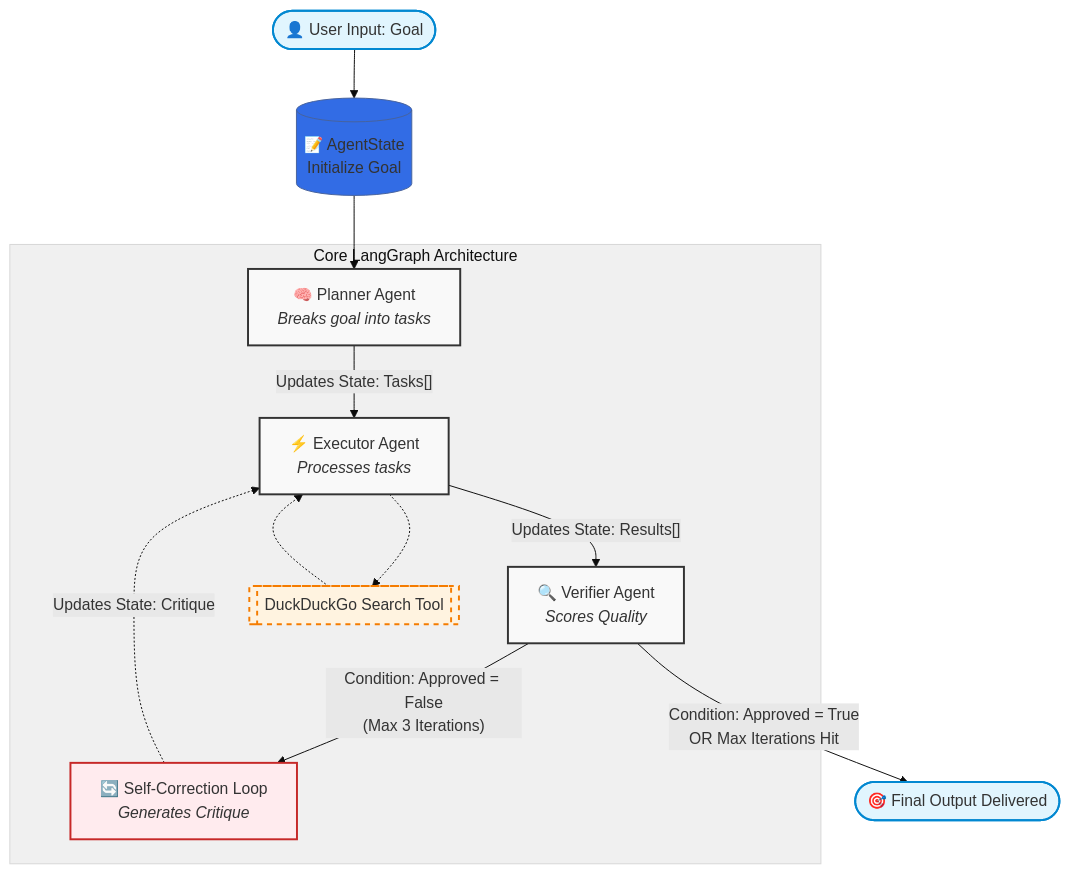
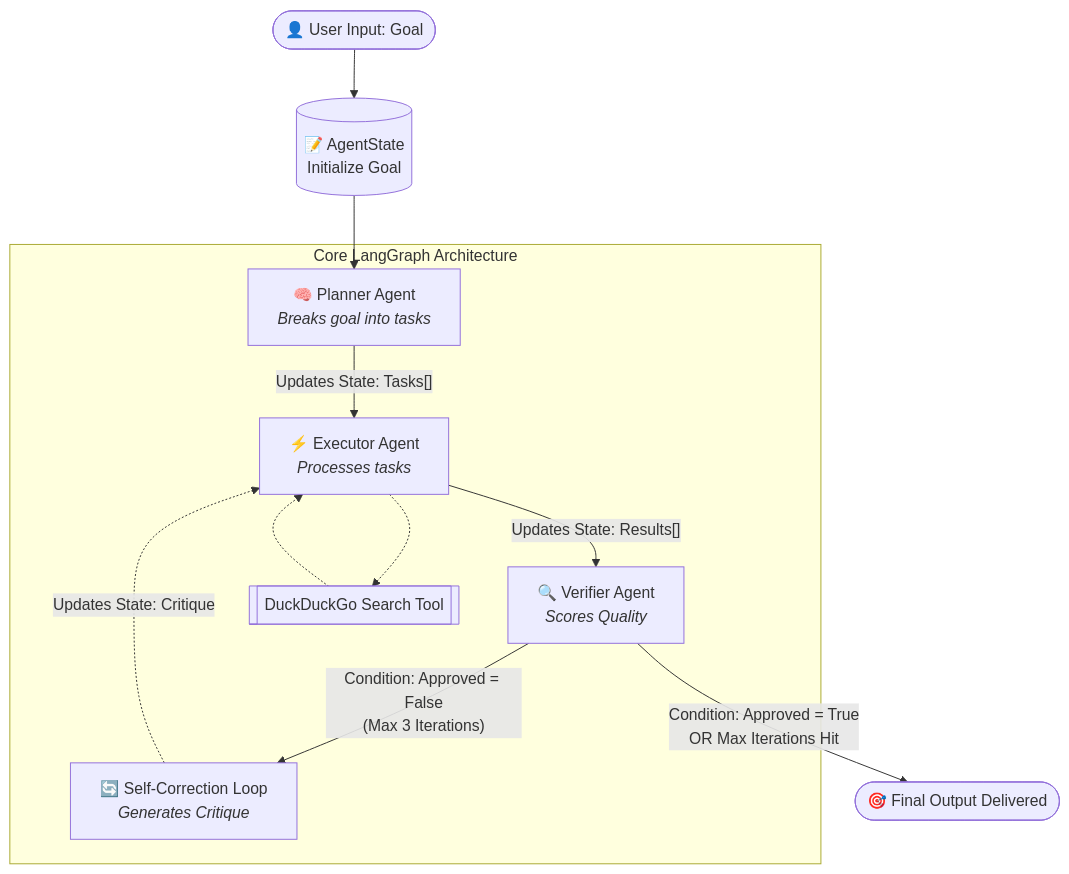
Before and after one commit to ayush300302/Agentaflow: the diagram in README.md, drawn with Mermaid. The commit also changed 1 other file, not shown here.

Commit message:
Fix mermaid background for dark mode

````diff
--- a/README.md
+++ b/README.md
@@ -23,31 +23,23 @@
 ```mermaid
-%%{init: {'theme': 'base', 'themeVariables': { 'primaryColor': '#326CE5', 'edgeLabelBackground':'#e8e8e8', 'tertiaryColor': '#F0F0F0'}}}%%
 graph TD
-    classDef agent fill:#f9f9f9,stroke:#333,stroke-width:2px;
-    classDef state fill:#e1f5fe,stroke:#0288d1,stroke-width:2px;
-    classDef tool fill:#fff3e0,stroke:#f57c00,stroke-width:2px,stroke-dasharray: 5 5;
-    classDef loop fill:#ffebee,stroke:#c62828,stroke-width:2px;
-
     User([👤 User Input: Goal]) --> State1[(📝 AgentState<br>Initialize Goal)]
     State1 --> Planner
     
     subgraph Core LangGraph Architecture
-        Planner[🧠 Planner Agent<br/><i>Breaks goal into tasks</i>]:::agent
-        Executor[⚡ Executor Agent<br/><i>Processes tasks</i>]:::agent
-        Verifier[🔍 Verifier Agent<br/><i>Scores Quality</i>]:::agent
+        Planner[🧠 Planner Agent<br/><i>Breaks goal into tasks</i>]
+        Executor[⚡ Executor Agent<br/><i>Processes tasks</i>]
+        Verifier[🔍 Verifier Agent<br/><i>Scores Quality</i>]
         
         Planner -- "Updates State: Tasks[]" --> Executor
         
-        Executor -.-> SearchTool[[DuckDuckGo Search Tool]]:::tool
+        Executor -.-> SearchTool[[DuckDuckGo Search Tool]]
         SearchTool -.-> Executor
         
         Executor -- "Updates State: Results[]" --> Verifier
         
-        Verifier -- "Condition: Approved = False<br/>(Max 3 Iterations)" --> Feedback[🔄 Self-Correction Loop<br/><i>Generates Critique</i>]:::loop
+        Verifier -- "Condition: Approved = False<br/>(Max 3 Iterations)" --> Feedback[🔄 Self-Correction Loop<br/><i>Generates Critique</i>]
         Feedback -. "Updates State: Critique" .-> Executor
     end
     
     Verifier -- "Condition: Approved = True<br/>OR Max Iterations Hit" --> FinalOutput([🎯 Final Output Delivered])
-    
-    class User,FinalOutput state;
 ```
````
